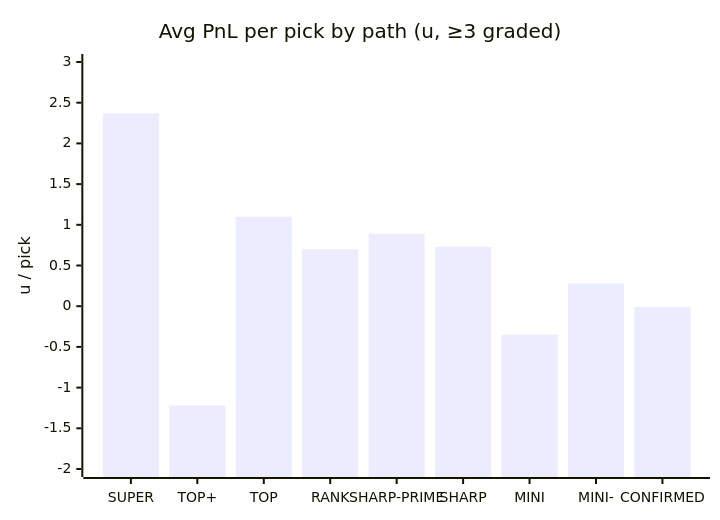
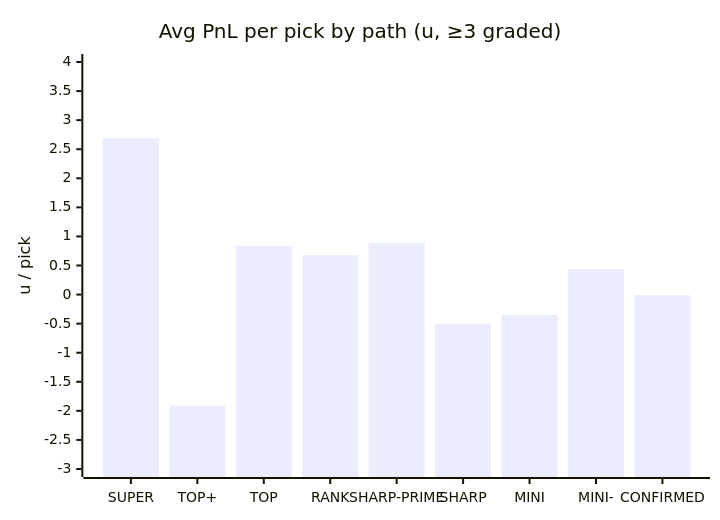
One commit to dpk1212/nhl-savant changed the third of 5 diagrams in DAILY_AGSU_REPORT.md. Above: the diagram before and after it, drawn with Mermaid. The commit also changed other lines of this file, not shown here.

````diff
--- a/DAILY_AGSU_REPORT.md
+++ b/DAILY_AGSU_REPORT.md
@@ -327,7 +325,7 @@
 ```mermaid
 xychart-beta
     title "Avg PnL per pick by path (u, ≥3 graded)"
     x-axis ["SUPER", "TOP+", "TOP", "RANK", "SHARP-PRIME", "SHARP", "MINI", "MINI-", "CONFIRMED"]
-    y-axis "u / pick" -2 --> 3
-    bar [2.37, -1.22, 1.1, 0.7, 0.89, 0.73, -0.35, 0.28, -0.01]
+    y-axis "u / pick" -3 --> 4
+    bar [2.69, -1.91, 0.84, 0.68, 0.89, -0.5, -0.35, 0.44, -0.01]
 ```
````
